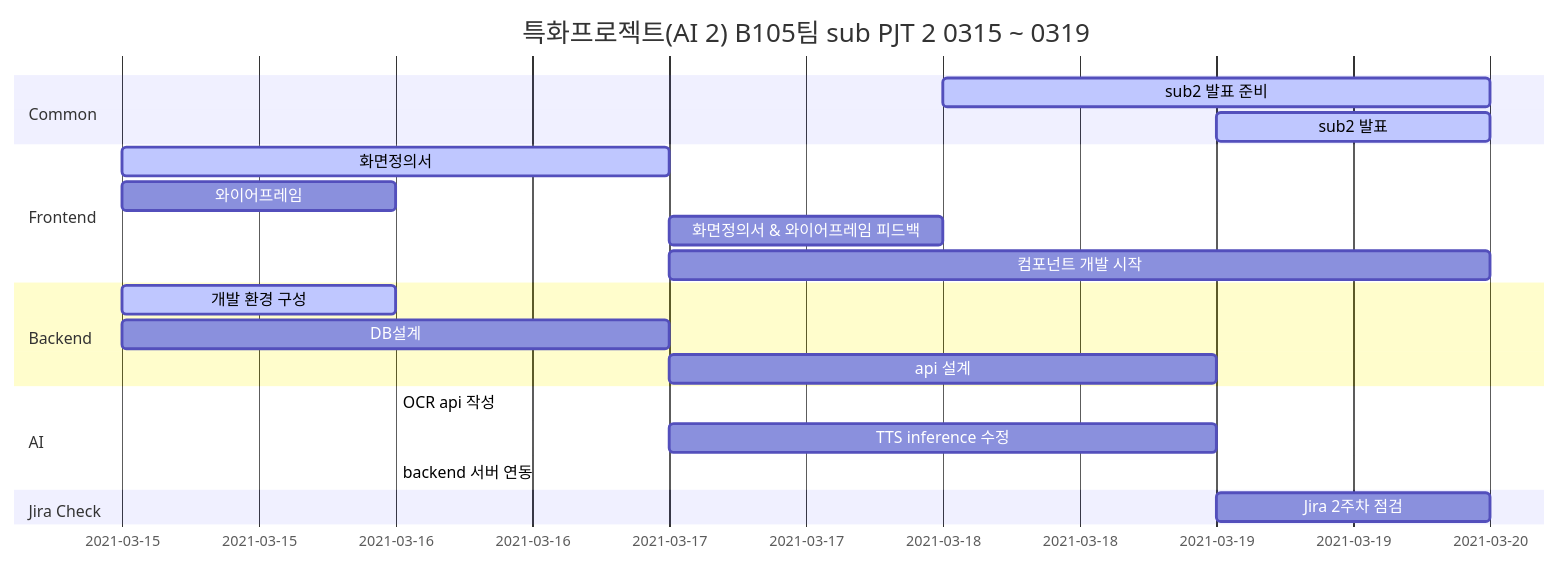
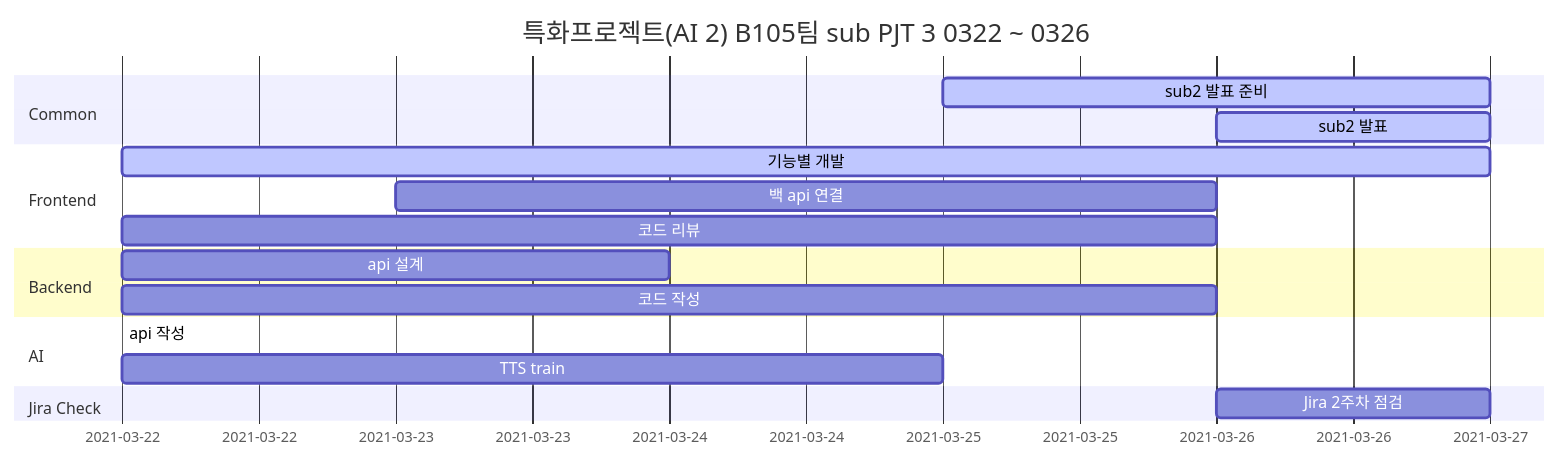
The diagram in README.md (jes5918/dinory), drawn with Mermaid before and after one commit. The commit also changed other lines of this file and 2 other files, not shown here.

Commit message:
[docs/FE] : sub3 1주차 리드미 작성
- 간트차트업데이트
- ERD  업데이트

````diff
--- a/README.md
+++ b/README.md
@@ -39,28 +39,24 @@
 ```mermaid
 gantt
     axisFormat  %Y-%m-%d
-    title      특화프로젝트(AI 2) B105팀 sub PJT 2 0315 ~ 0319
+    title      특화프로젝트(AI 2) B105팀 sub PJT 3 0322 ~ 0326
 	section Common
-	sub2 발표 준비: active, 2021-03-18, 2d
-	sub2 발표 : active, 2021-03-19, 1d
+	sub2 발표 준비: active, 2021-03-25, 2d
+	sub2 발표 : active, 2021-03-26, 1d
 
     section Frontend
-    화면정의서 :active, a1, 2021-03-15, 2d
-    와이어프레임 :, 2021-03-15, 1d
-    화면정의서 & 와이어프레임 피드백 : after a1,1d
-    컴포넌트 개발 시작 :2021-03-17, 3d
-
-
+    기능별 개발 :active, a1, 2021-03-22, 5d
+    백 api 연결 :, 2021-03-23, 3d
+    코드 리뷰 : , 2021-03-22,4d
+    
     section Backend
-   	개발 환경 구성 :active, 2021-03-15, 1d
-   	DB설계 :after, 2021-03-15, 2d
-	api 설계: ,2021-03-17, 2d
+	api 설계: ,2021-03-22, 2d
+	코드 작성: ,2021-03-22, 4d
    	
    	section AI
-   	OCR api 작성:active, 2021-03-16, 2021-03-17
-   	TTS inference 수정 : ,2021-03-17, 2d
-   	backend 서버 연동 : active, 2021-03-16, 2021-03-19
+   	api 작성:active, 2021-03-22, 2021-03-25
+   	TTS train : ,2021-03-22, 3d
 
    	section Jira Check
-   	Jira 2주차 점검 :, 2021-03-19, 1d
+   	Jira 2주차 점검 :, 2021-03-26, 1d
 ```
````
